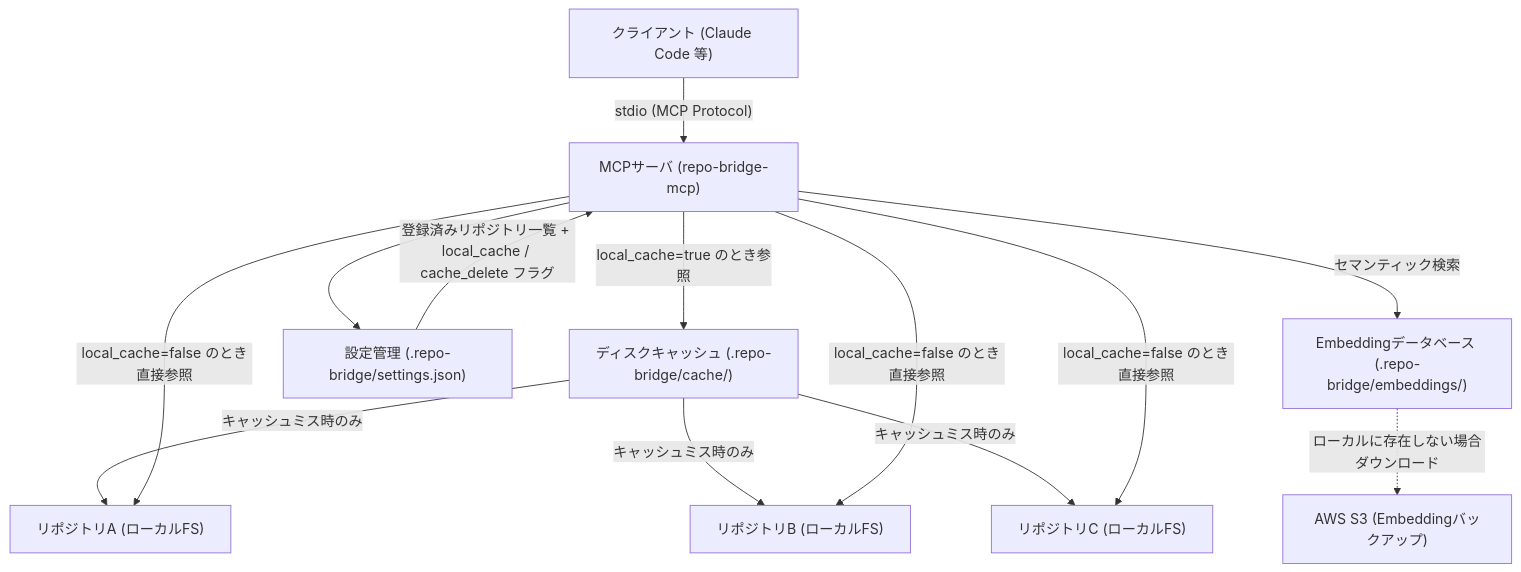
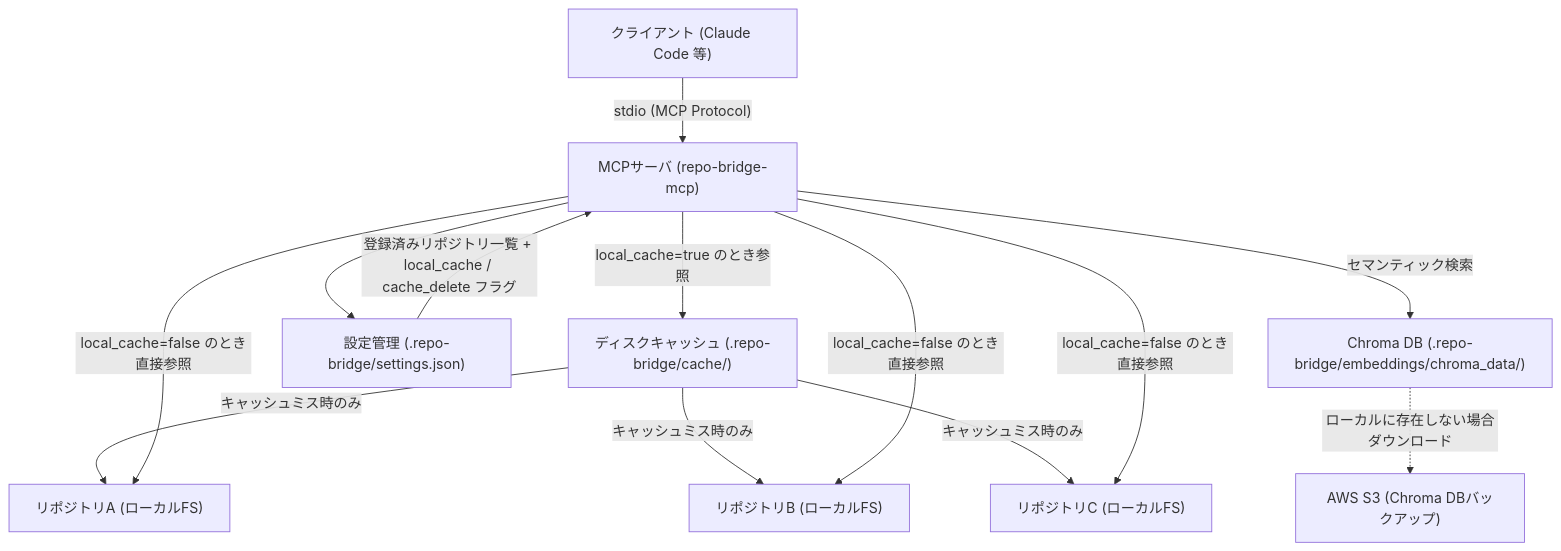
The first of 3 diagrams in docs/design.md (HatoriIchigo/repo-bridge-mcp), drawn with Mermaid before and after one commit. The commit also changed other lines of this file, not shown here.

````diff
--- a/docs/design.md
+++ b/docs/design.md
@@ -13,25 +13,25 @@
 ```mermaid
 graph TD
   Client["クライアント (Claude Code 等)"]
   MCP["MCPサーバ (repo-bridge-mcp)"]
   Cache["ディスクキャッシュ (.repo-bridge/cache/)"]
   Config["設定管理 (.repo-bridge/settings.json)"]
   Repo1["リポジトリA (ローカルFS)"]
   Repo2["リポジトリB (ローカルFS)"]
   Repo3["リポジトリC (ローカルFS)"]
-  EmbedDB["Embeddingデータベース (.repo-bridge/embeddings/)"]
-  S3["AWS S3 (Embeddingバックアップ)"]
+  EmbedDB["Chroma DB (.repo-bridge/embeddings/chroma_data/)"]
+  S3["AWS S3 (Chroma DBバックアップ)"]
 
   Client -->|"stdio (MCP Protocol)"| MCP
   MCP --> Config
   Config -->|"登録済みリポジトリ一覧 + local_cache / cache_delete フラグ"| MCP
   MCP -->|"local_cache=true のとき参照"| Cache
   Cache -->|"キャッシュミス時のみ"| Repo1
   Cache -->|"キャッシュミス時のみ"| Repo2
   Cache -->|"キャッシュミス時のみ"| Repo3
   MCP -->|"local_cache=false のとき直接参照"| Repo1
   MCP -->|"local_cache=false のとき直接参照"| Repo2
   MCP -->|"local_cache=false のとき直接参照"| Repo3
   MCP -->|"セマンティック検索"| EmbedDB
   EmbedDB -.->|"ローカルに存在しない場合ダウンロード"| S3
 ```
````
